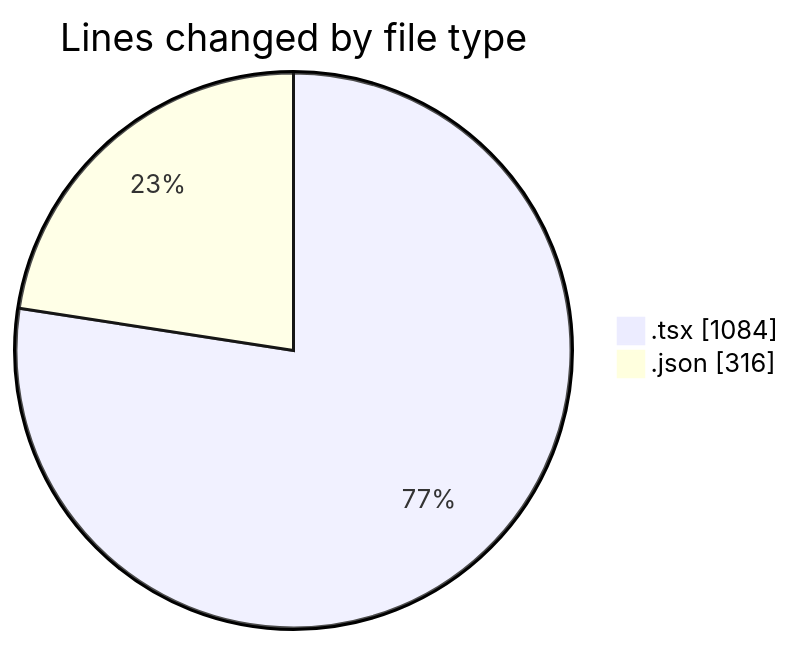
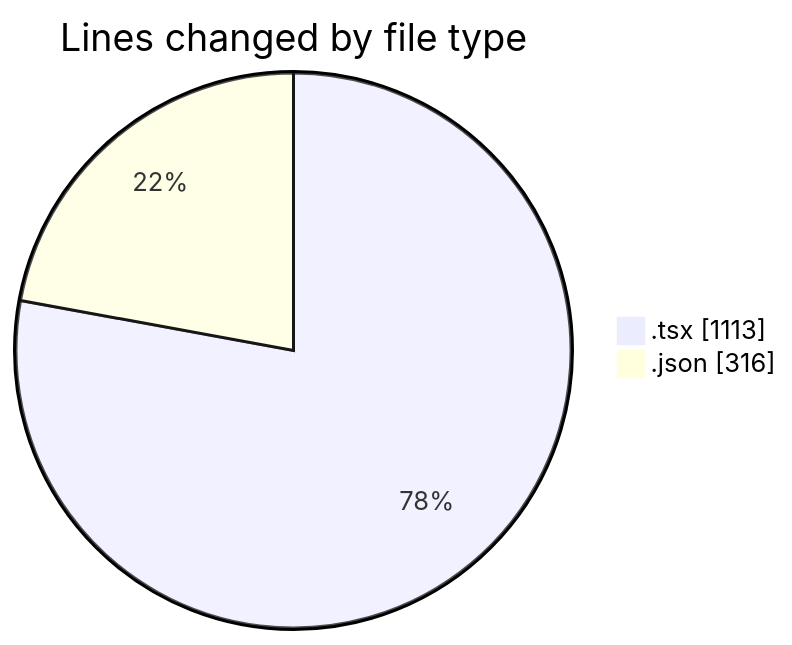
One commit to EIIisD/code-tracking changed the first of 2 diagrams in 2025-08-13/ribbon/README.md. Above: the diagram before and after it, drawn with Mermaid. The commit also changed other lines of this file and 1 other file, not shown here.

````diff
--- a/2025-08-13/ribbon/README.md
+++ b/2025-08-13/ribbon/README.md
@@ -26,6 +26,6 @@
 ```mermaid
 pie showData
 title Lines changed by file type
-".tsx" : 1084
+".tsx" : 1113
 ".json" : 316
 ```
````
